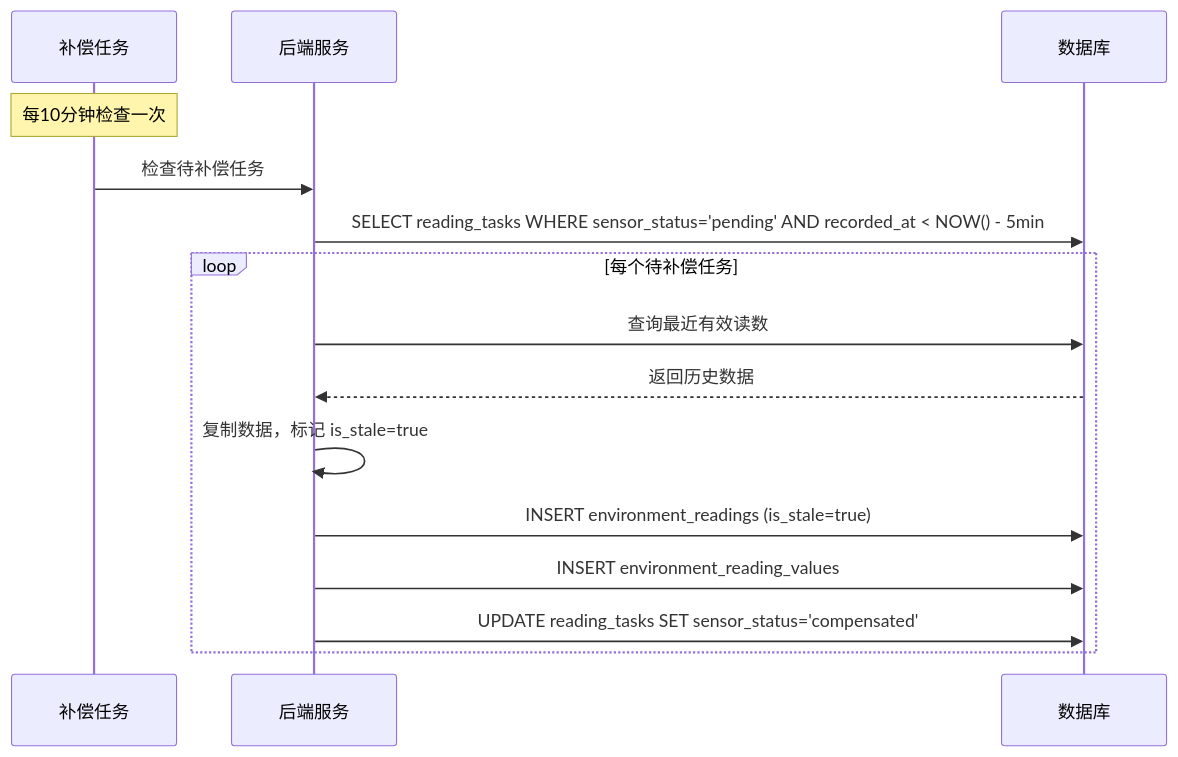
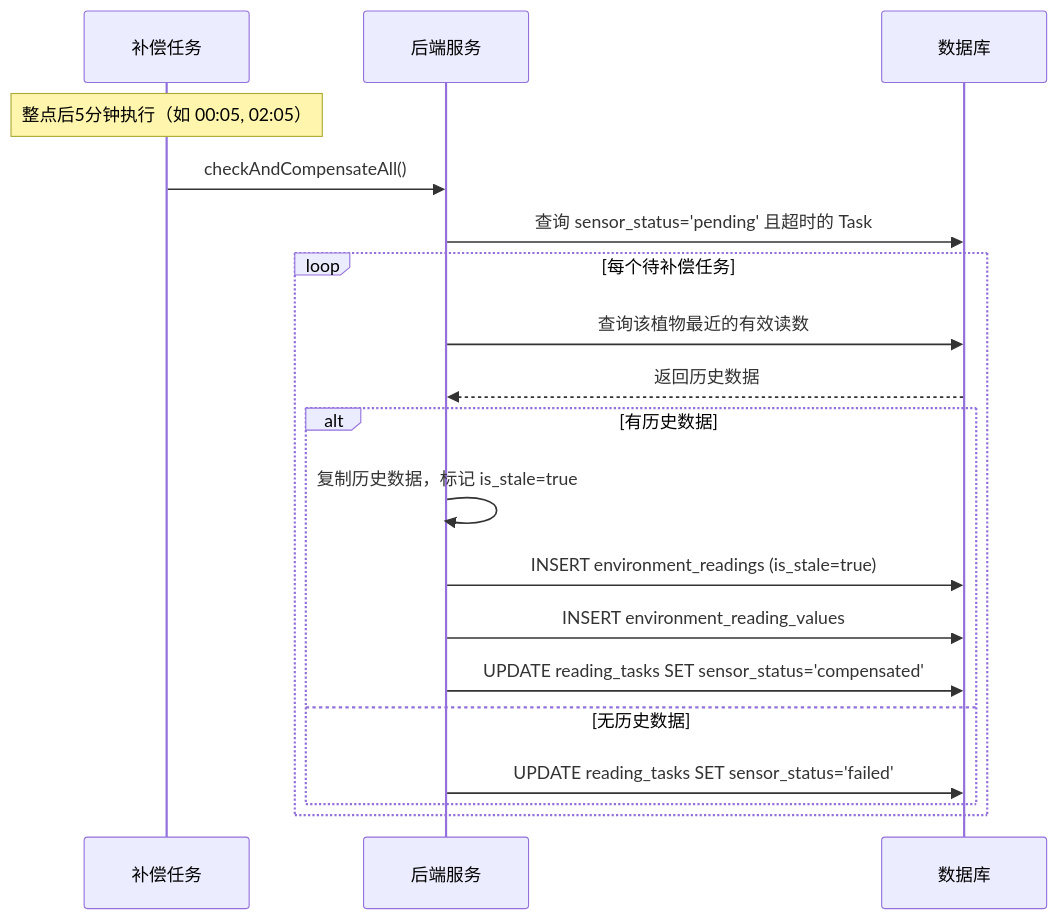
The fourth of 7 diagrams in docs/05-process/04-环境数据流程.md (ShatterDusk/smart-garden-mvp), drawn with Mermaid before and after one commit. The commit also changed other lines of this file and 5 other files, not shown here.

````diff
--- a/docs/05-process/04-环境数据流程.md
+++ b/docs/05-process/04-环境数据流程.md
@@ -150,20 +228,25 @@
 ```mermaid
 sequenceDiagram
     participant Job as 补偿任务
     participant Backend as 后端服务
     participant DB as 数据库
 
-    Note over Job: 每10分钟检查一次
+    Note over Job: 整点后5分钟执行（如 00:05, 02:05）
     
-    Job->>Backend: 检查待补偿任务
-    Backend->>DB: SELECT reading_tasks WHERE sensor_status='pending' AND recorded_at < NOW() - 5min
+    Job->>Backend: checkAndCompensateAll()
+    Backend->>DB: 查询 sensor_status='pending' 且超时的 Task
     
     loop 每个待补偿任务
-        Backend->>DB: 查询最近有效读数
+        Backend->>DB: 查询该植物最近的有效读数
         DB-->>Backend: 返回历史数据
-        Backend->>Backend: 复制数据，标记 is_stale=true
-        Backend->>DB: INSERT environment_readings (is_stale=true)
-        Backend->>DB: INSERT environment_reading_values
-        Backend->>DB: UPDATE reading_tasks SET sensor_status='compensated'
+        
+        alt 有历史数据
+            Backend->>Backend: 复制历史数据，标记 is_stale=true
+            Backend->>DB: INSERT environment_readings (is_stale=true)
+            Backend->>DB: INSERT environment_reading_values
+            Backend->>DB: UPDATE reading_tasks SET sensor_status='compensated'
+        else 无历史数据
+            Backend->>DB: UPDATE reading_tasks SET sensor_status='failed'
+        end
     end
 ```
````
